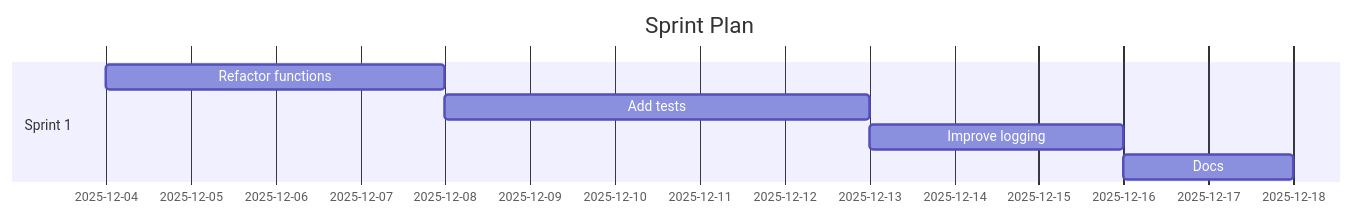
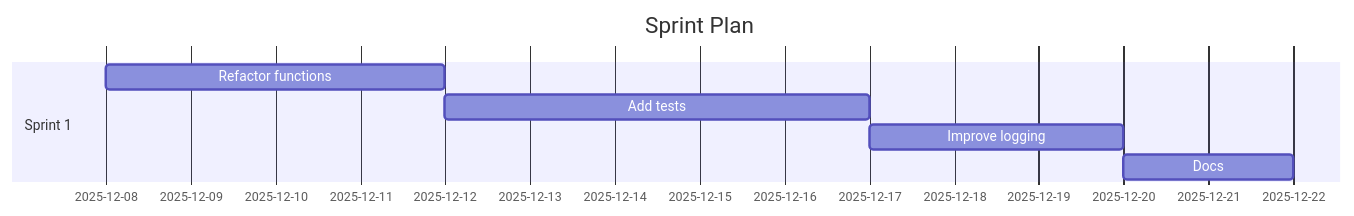
The diagram in demos/demo-code-analysis.sprint.md (Anselmoo/mcp-ai-agent-guidelines), drawn with Mermaid before and after one commit. The commit also changed other lines of this file and 20 other files, not shown here.

````diff
--- a/demos/demo-code-analysis.sprint.md
+++ b/demos/demo-code-analysis.sprint.md
@@ -59,11 +59,11 @@
 ```mermaid
 gantt
 	dateFormat  YYYY-MM-DD
 	title Sprint Plan
 %% Accessibility: Title=Project Sprint Plan; Description=Gantt chart of sprints and tasks over time. %%
   section Sprint 1
-  Refactor functions :s1t0, 2025-12-04, 4d
-  Add tests :s1t1, 2025-12-08, 5d
-  Improve logging :s1t2, 2025-12-13, 3d
-  Docs :s1t3, 2025-12-16, 2d
+  Refactor functions :s1t0, 2025-12-08, 4d
+  Add tests :s1t1, 2025-12-12, 5d
+  Improve logging :s1t2, 2025-12-17, 3d
+  Docs :s1t3, 2025-12-20, 2d
 ```
````
